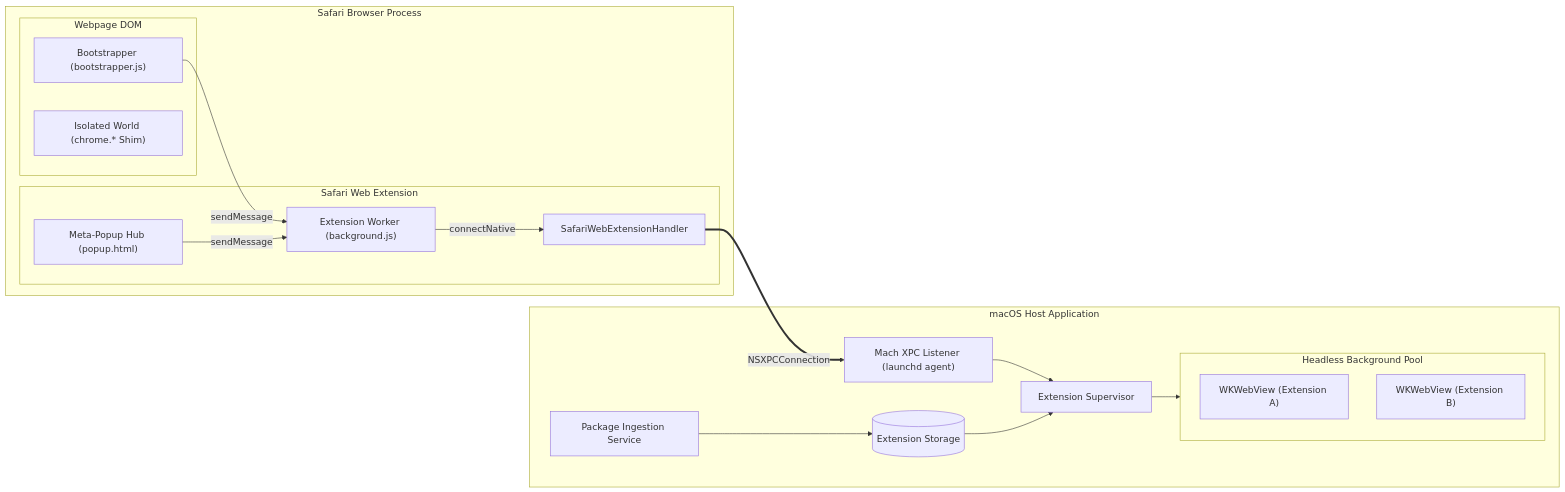
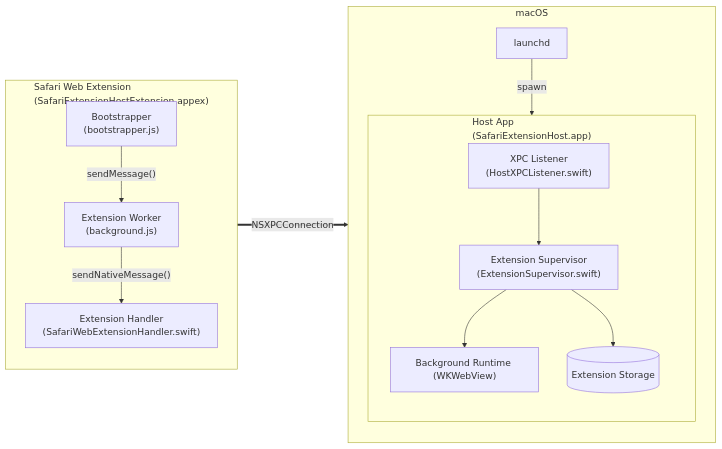
Before and after one commit to easonwong-de/Wirt: the first of 7 diagrams in docs/architecture.md, drawn with Mermaid. The commit also changed other lines of this file, not shown here.

Commit message:
docs: polish architecture documentaion

````diff
--- a/docs/architecture.md
+++ b/docs/architecture.md
@@ -9,34 +9,29 @@
 ```mermaid
 flowchart LR
-    subgraph Safari["Safari Browser Process"]
-        subgraph Webpage["Webpage DOM"]
-            Bootstrapper["Bootstrapper (bootstrapper.js)"]
-            Isolated["Isolated World (chrome.* Shim)"]
-        end
-        subgraph WebExt["Safari Web Extension"]
-            Worker["Extension Worker (background.js)"]
-            Popup["Meta-Popup Hub (popup.html)"]
-            Handler["SafariWebExtensionHandler"]
-        end
+    subgraph Safari["Safari Web Extension<br/>(SafariExtensionHostExtension.appex)"]
+        direction TB
+        Boot["Bootstrapper<br/>(bootstrapper.js)"]
+        Worker["Extension Worker<br/>(background.js)"]
+        Handler["Extension Handler<br/>(SafariWebExtensionHandler.swift)"]
+        Boot -->|"sendMessage()"| Worker
+        Worker -->|"sendNativeMessage()"| Handler
     end
 
-    subgraph HostApp["macOS Host Application"]
-        XPCListener["Mach XPC Listener (launchd agent)"]
-        Supervisor["Extension Supervisor"]
-        Ingestion["Package Ingestion Service"]
-        Storage[("Extension Storage")]
-        subgraph Pool["Headless Background Pool"]
-            WKA["WKWebView (Extension A)"]
-            WKB["WKWebView (Extension B)"]
+    subgraph MacOS["macOS"]
+        direction TB
+        Launchd["launchd"]
+        subgraph Host["Host App<br/>(SafariExtensionHost.app)"]
+            direction TB
+            Listener["XPC Listener<br/>(HostXPCListener.swift)"]
+            Supervisor["Extension Supervisor<br/>(ExtensionSupervisor.swift)"]
+            Runtime["Background Runtime (WKWebView)"]
+            Storage[("Extension Storage")]
+            Listener --> Supervisor
+            Supervisor --> Runtime
+            Supervisor --> Storage
         end
+        Launchd -->|"spawn"| Host
     end
 
-    Bootstrapper -->|"sendMessage"| Worker
-    Popup -->|"sendMessage"| Worker
-    Worker -->|"connectNative"| Handler
-    Handler ==>|"NSXPCConnection"| XPCListener
-    XPCListener --> Supervisor
-    Supervisor --> Pool
-    Ingestion --> Storage
-    Storage --> Supervisor
+    Safari ==>|"NSXPCConnection"| MacOS
 ```
````
